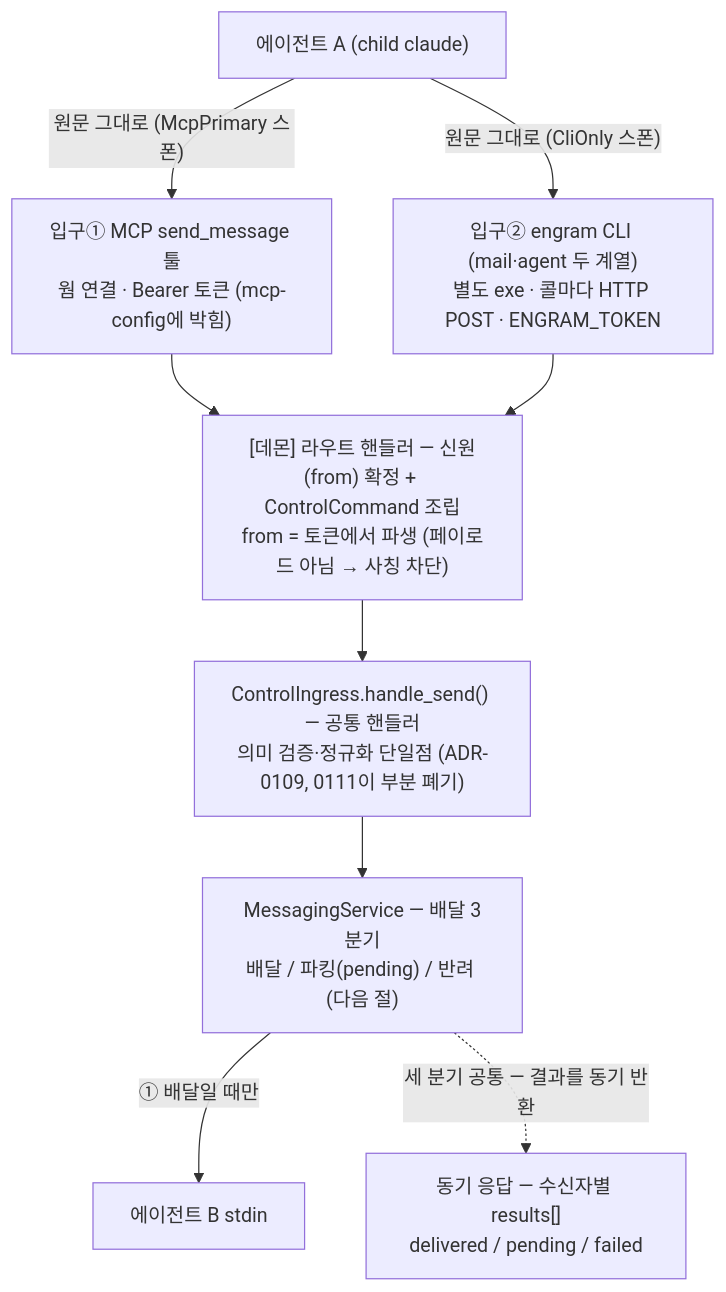
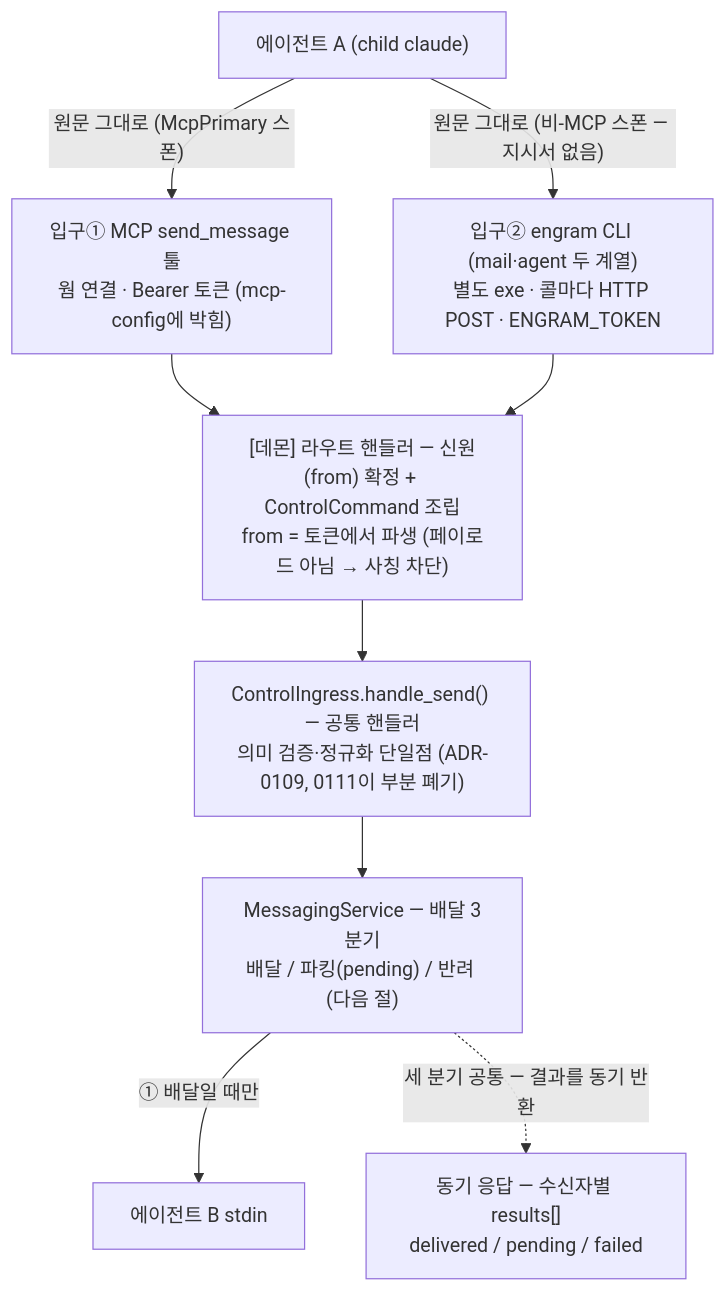
The eighth of 20 diagrams in docs/reference/architecture-overview.md (kimsunzun/engram-dashboard), drawn with Mermaid before and after one commit. The commit also changed other lines of this file and 18 other files, not shown here.

````diff
--- a/docs/reference/architecture-overview.md
+++ b/docs/reference/architecture-overview.md
@@ -343,17 +343,17 @@
 ```mermaid
 flowchart TD
   A["에이전트 A (child claude)"]
   MCP["입구① MCP send_message 툴<br/>웜 연결 · Bearer 토큰 (mcp-config에 박힘)"]
   CLI["입구② engram CLI (mail·agent 두 계열)<br/>별도 exe · 콜마다 HTTP POST · ENGRAM_TOKEN"]
   CI["[데몬] 라우트 핸들러 — 신원(from) 확정 + ControlCommand 조립<br/>from = 토큰에서 파생 (페이로드 아님 → 사칭 차단)"]
   VAL["ControlIngress.handle_send() — 공통 핸들러<br/>의미 검증·정규화 단일점 (ADR-0109, 0111이 부분 폐기)"]
   DELIV["MessagingService — 배달 3분기<br/>배달 / 파킹(pending) / 반려 (다음 절)"]
   B["에이전트 B stdin"]
   ACK["동기 응답 — 수신자별 results[]<br/>delivered / pending / failed"]
 
   A -->|"원문 그대로 (McpPrimary 스폰)"| MCP --> CI
-  A -->|"원문 그대로 (CliOnly 스폰)"| CLI --> CI
+  A -->|"원문 그대로 (비-MCP 스폰 — 지시서 없음)"| CLI --> CI
   CI --> VAL --> DELIV
   DELIV -->|"① 배달일 때만"| B
   DELIV -.->|"세 분기 공통 — 결과를 동기 반환"| ACK
 ```
````
